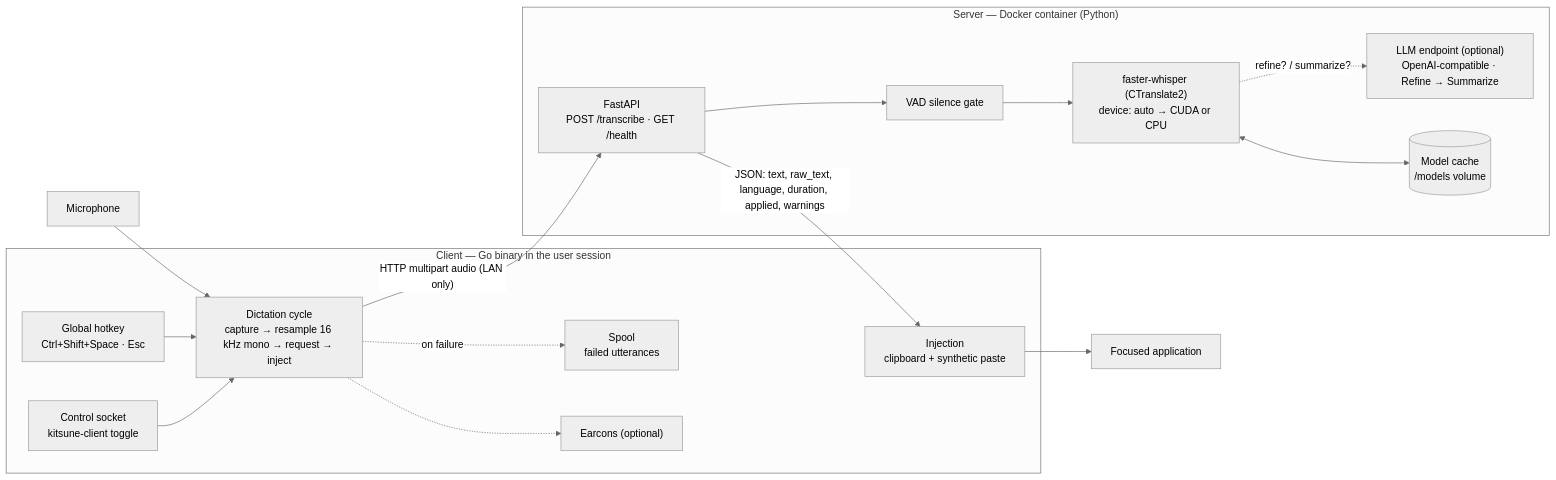
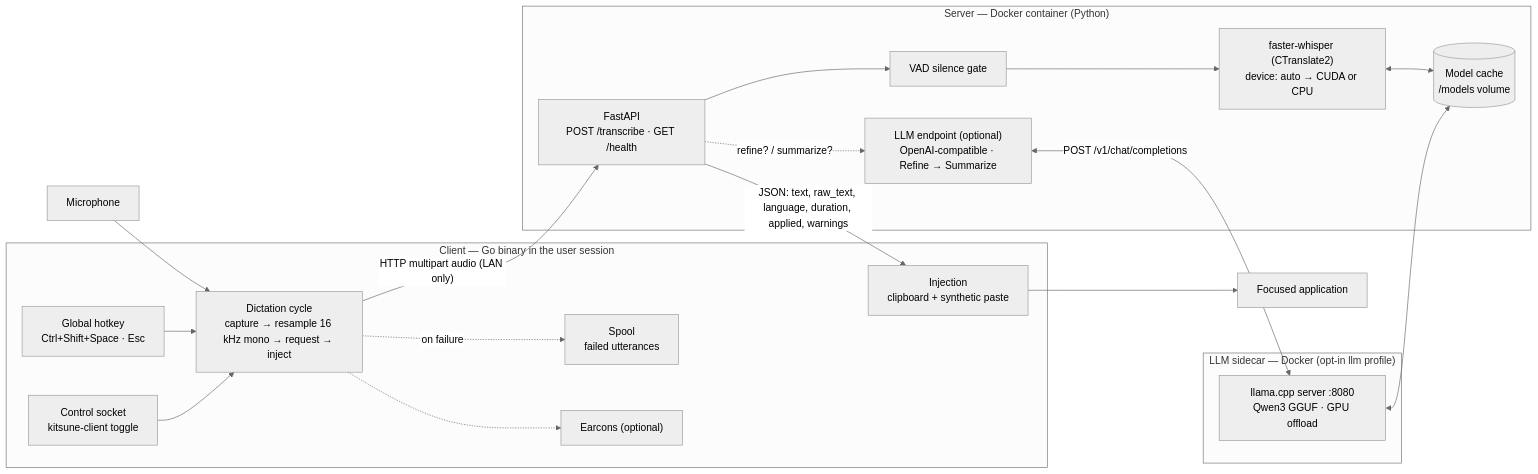
Before and after one commit to FoxRed-cmd/kitsune-whisper: the first of 2 diagrams in README.md, drawn with Mermaid (neutral theme). The commit also changed other lines of this file, not shown here.

Commit message:
Document the NVIDIA GPU quickstart and sidecar in the architecture (#35)

````diff
--- a/README.md
+++ b/README.md
@@ -49,34 +54,40 @@
 ```mermaid
 flowchart LR
     subgraph client["Client — Go binary in the user session"]
         hotkey["Global hotkey<br/>Ctrl+Shift+Space · Esc"]
         ctl["Control socket<br/>kitsune-client toggle"]
         cycle["Dictation cycle<br/>capture → resample 16 kHz mono → request → inject"]
         inject["Injection<br/>clipboard + synthetic paste"]
         spool["Spool<br/>failed utterances"]
         earcon["Earcons (optional)"]
     end
 
     mic["Microphone"]
     app["Focused application"]
 
     subgraph server["Server — Docker container (Python)"]
         api["FastAPI<br/>POST /transcribe · GET /health"]
         vad["VAD silence gate"]
         engine["faster-whisper (CTranslate2)<br/>device: auto → CUDA or CPU"]
         proc["LLM endpoint (optional)<br/>OpenAI-compatible · Refine → Summarize"]
         models[("Model cache<br/>/models volume")]
     end
 
+    subgraph sidecar["LLM sidecar — Docker (opt-in llm profile)"]
+        llama["llama.cpp server :8080<br/>Qwen3 GGUF · GPU offload"]
+    end
+
     mic --> cycle
     hotkey --> cycle
     ctl --> cycle
     cycle -->|"HTTP multipart audio (LAN only)"| api
     api --> vad --> engine
     engine <--> models
-    engine -.->|"refine? / summarize?"| proc
+    api -.->|"refine? / summarize?"| proc
+    proc <-->|"POST /v1/chat/completions"| llama
+    llama <--> models
     api -->|"JSON: text, raw_text, language, duration, applied, warnings"| inject
     inject --> app
     cycle -.->|on failure| spool
     cycle -.-> earcon
 ```
````
